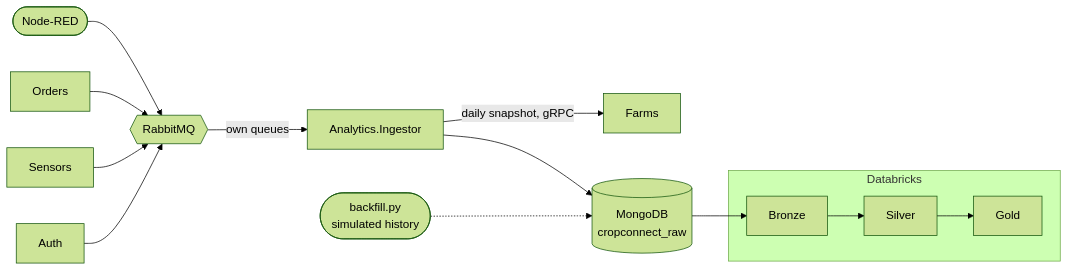
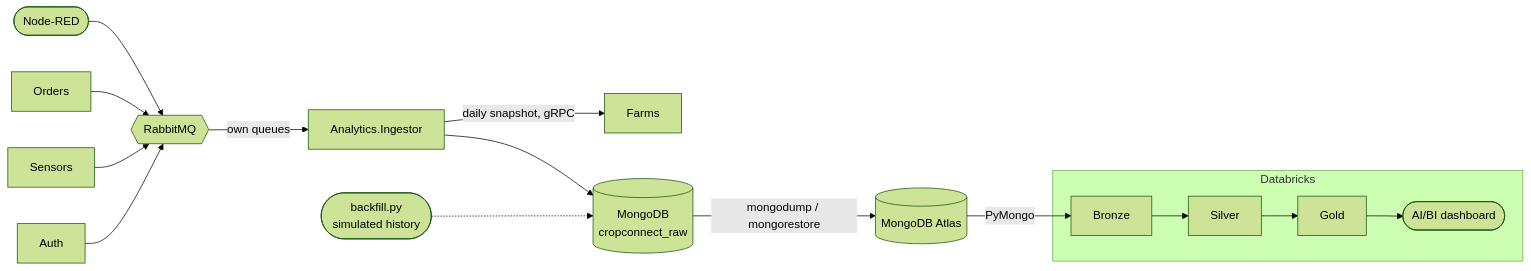
One commit to brndz1/CropConnect changed the diagram in docs/analytics.md. Above: the diagram before and after it, drawn with Mermaid (forest theme). The commit also changed other lines of this file, not shown here.

````diff
--- a/docs/analytics.md
+++ b/docs/analytics.md
@@ -8,15 +10,17 @@
 ```mermaid
 flowchart LR
     nodered([Node-RED]) --> mq{{RabbitMQ}}
     orders[Orders] & sensors[Sensors] & auth[Auth] --> mq
     mq -- own queues --> ingestor[Analytics.Ingestor]
     ingestor -- daily snapshot, gRPC --> farms[Farms]
     ingestor --> mongo[(MongoDB<br/>cropconnect_raw)]
     backfill([backfill.py<br/>simulated history]) -.-> mongo
-    mongo --> bronze[Bronze] --> silver[Silver] --> gold[Gold]
+    mongo -- mongodump / mongorestore --> atlas[(MongoDB Atlas)]
+    atlas -- PyMongo --> bronze[Bronze] --> silver[Silver] --> gold[Gold] --> dashboard([AI/BI dashboard])
     subgraph databricks [Databricks]
         bronze
         silver
         gold
+        dashboard
     end
 ```
````
